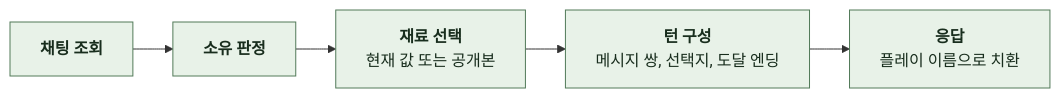
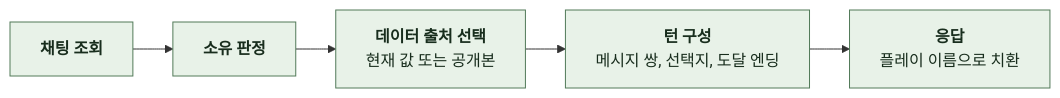
Before and after one commit to KIM-N-KANG/knk-harness: the third of 12 diagrams in docs/domain/CHAT/BACKEND/4-1-PIPELINES.md, drawn with Mermaid. The commit also changed other lines of this file and 14 other files, not shown here.

````diff
--- a/docs/domain/CHAT/BACKEND/4-1-PIPELINES.md
+++ b/docs/domain/CHAT/BACKEND/4-1-PIPELINES.md
@@ -112,13 +112,13 @@
 ```mermaid
 %%{init: {"flowchart": {"curve": "basis", "nodeSpacing": 24, "rankSpacing": 40}}}%%
 flowchart LR
     A["`**채팅 조회**`"] --> B["`**소유 판정**`"]
-    B --> C["`**재료 선택**
+    B --> C["`**데이터 출처 선택**
 현재 값 또는 공개본`"]
     C --> D["`**턴 구성**
 메시지 쌍, 선택지, 도달 엔딩`"]
     D --> E["`**응답**
 플레이 이름으로 치환`"]
     classDef comp fill:#E8F2E8,stroke:#527A59,color:#182D1D
     class A,B,C,D,E comp
 ```
````
